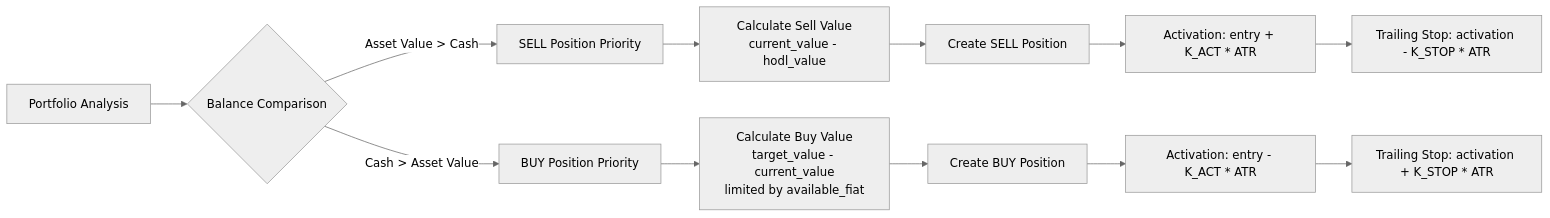
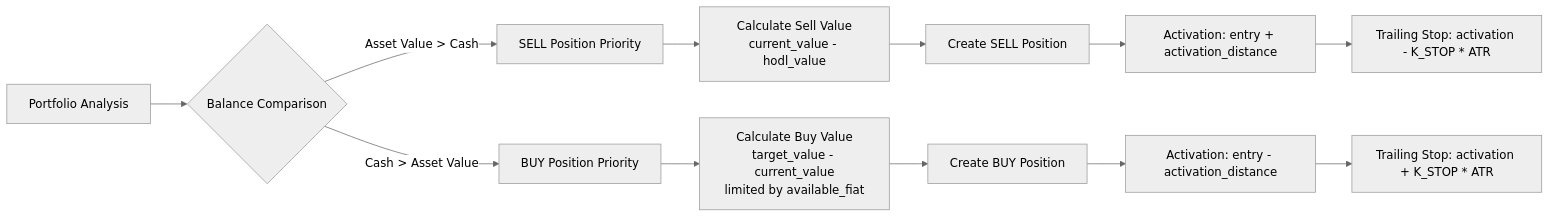
One commit to jAjiz/BoTCoin changed the second of 2 diagrams in README.md. Above: the diagram before and after it, drawn with Mermaid (neutral theme). The commit also changed other lines of this file, not shown here.

Commit message:
Address PR feedback: fix activation logic, update config docs, add validation section

````diff
--- a/README.md
+++ b/README.md
@@ -87,18 +87,18 @@
 ```mermaid
 graph LR
     A[Portfolio Analysis] --> B{Balance Comparison}
     B -->|Asset Value > Cash| C[SELL Position Priority]
     B -->|Cash > Asset Value| D[BUY Position Priority]
     
     C --> E[Calculate Sell Value<br/>current_value - hodl_value]
     D --> F[Calculate Buy Value<br/>target_value - current_value<br/>limited by available_fiat]
     
     E --> G[Create SELL Position]
     F --> H[Create BUY Position]
     
-    G --> I[Activation: entry + K_ACT * ATR]
-    H --> J[Activation: entry - K_ACT * ATR]
+    G --> I[Activation: entry + activation_distance]
+    H --> J[Activation: entry - activation_distance]
     
     I --> K[Trailing Stop: activation - K_STOP * ATR]
     J --> L[Trailing Stop: activation + K_STOP * ATR]
 ```
````
